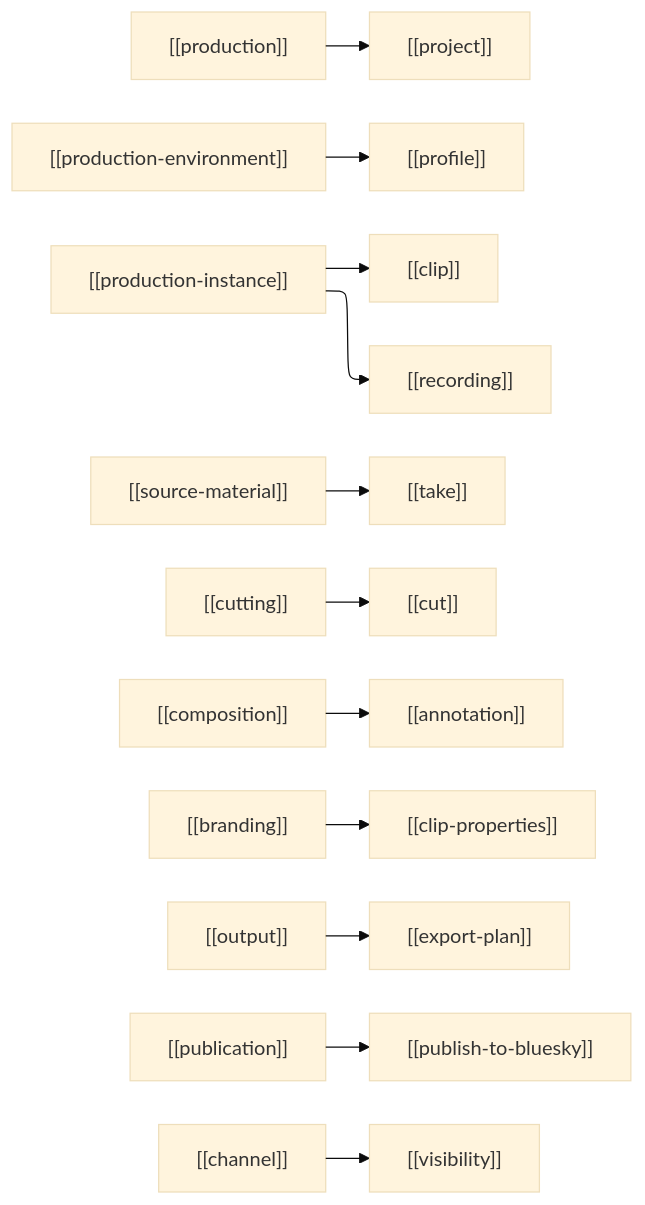
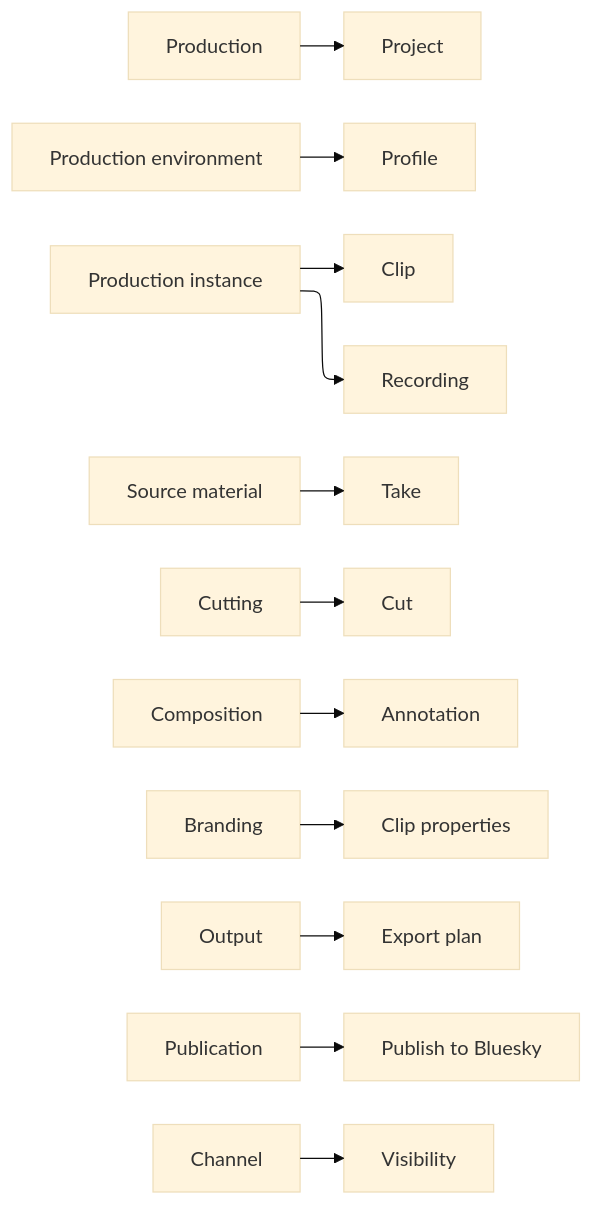
The second of 6 diagrams in docs/ontology/solution-domain.md (acs/democlip), drawn with Mermaid (base theme) before and after one commit. The commit also changed other lines of this file and 2 other files, not shown here.

Commit message:
docs: drop the literal [[id]] markup from the diagram labels
The node labels carried the ontology's reference syntax — [[creator]],
[[process-intent]] — which mermaid draws literally, so the diagrams read as
markup rather than words. They are the human names now. The tables beside
each diagram keep the [[id]] references, so the checker and the record are
unchanged (131 references, ok).

Two smaller clean-ups in the same pass: the actors diagram's edge labels are
spelled out again ("makes content for", "works with"), and the rules map's
"Span set" node — which was drawn but unconnected — is joined to the rule it
owns.

````diff
--- a/docs/ontology/solution-domain.md
+++ b/docs/ontology/solution-domain.md
@@ -46,15 +46,15 @@
 ```mermaid
 %%{init: {"layout": "elk"}}%%
 flowchart LR
-    production["[[production]]"] --> project["[[project]]"]
-    env["[[production-environment]]"] --> profile["[[profile]]"]
-    instance["[[production-instance]]"] --> clip["[[clip]]"]
-    instance --> recording["[[recording]]"]
-    material["[[source-material]]"] --> take["[[take]]"]
-    cutting["[[cutting]]"] --> cut["[[cut]]"]
-    composition["[[composition]]"] --> annotation["[[annotation]]"]
-    branding["[[branding]]"] --> clipprops["[[clip-properties]]"]
-    output["[[output]]"] --> exportplan["[[export-plan]]"]
-    publication["[[publication]]"] --> publish["[[publish-to-bluesky]]"]
-    channel["[[channel]]"] --> visibility["[[visibility]]"]
+    production["Production"] --> project["Project"]
+    env["Production environment"] --> profile["Profile"]
+    instance["Production instance"] --> clip["Clip"]
+    instance --> recording["Recording"]
+    material["Source material"] --> take["Take"]
+    cutting["Cutting"] --> cut["Cut"]
+    composition["Composition"] --> annotation["Annotation"]
+    branding["Branding"] --> clipprops["Clip properties"]
+    output["Output"] --> exportplan["Export plan"]
+    publication["Publication"] --> publish["Publish to Bluesky"]
+    channel["Channel"] --> visibility["Visibility"]
 ```
````
